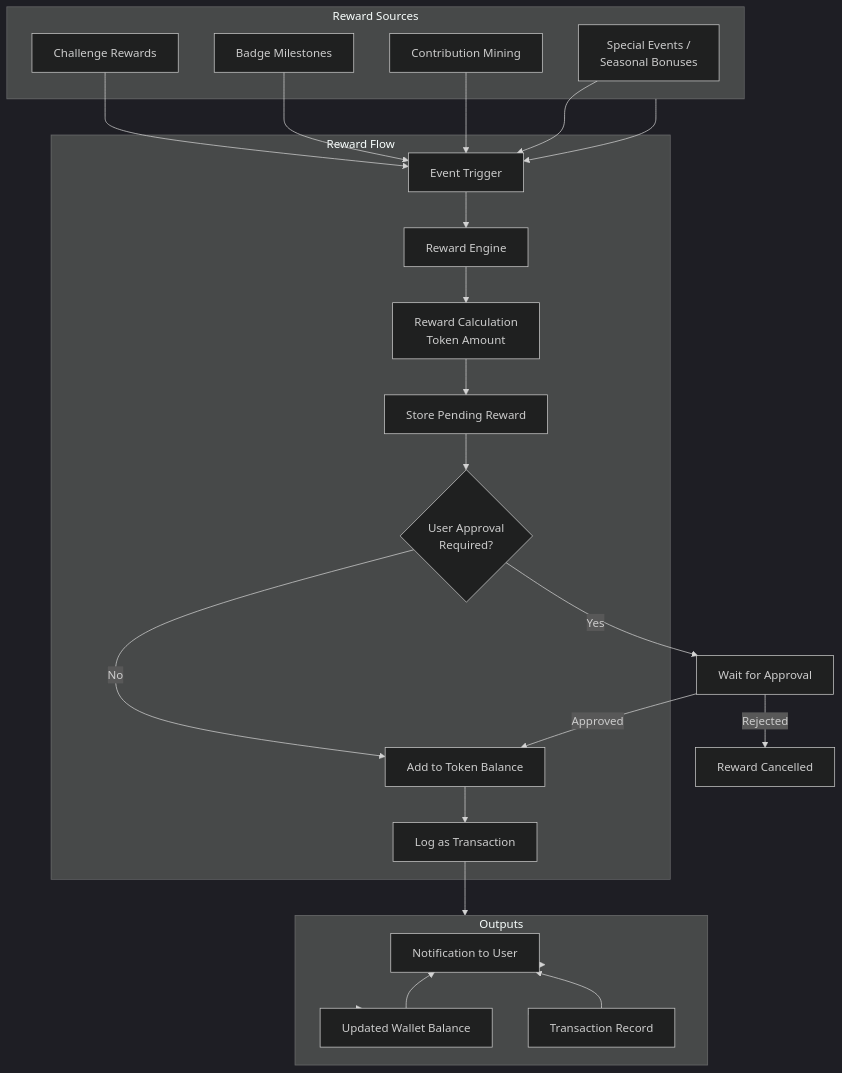
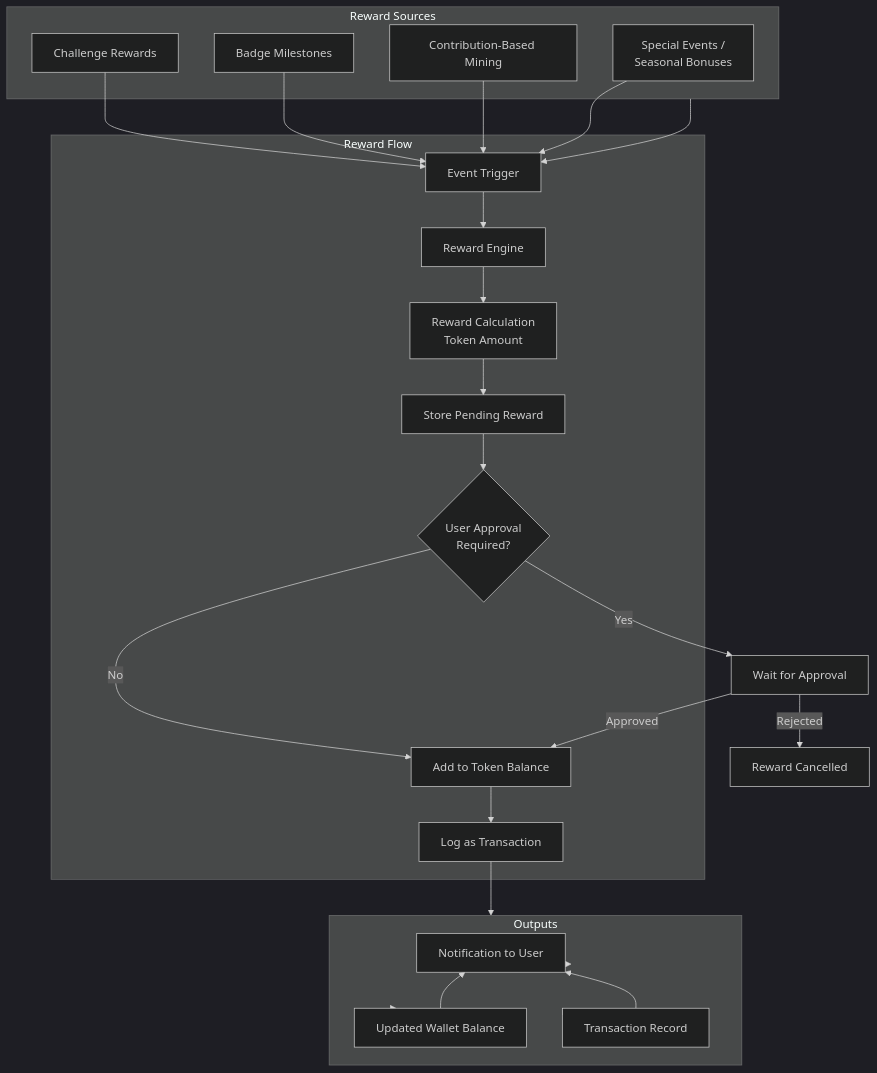
One commit to WaelOGC/OGC-NewFinity-Palstform changed the diagram in docs/mermaid/07-wallet-architecture/phase-7.7--wallet--rewards-flow.mmd. Above: the diagram before and after it, drawn with Mermaid (dark theme). The commit also changed 327 other files, not shown here.

```diff
--- a/docs/mermaid/07-wallet-architecture/phase-7.7--wallet--rewards-flow.mmd
+++ b/docs/mermaid/07-wallet-architecture/phase-7.7--wallet--rewards-flow.mmd
@@ -1,53 +1,53 @@
 flowchart TB
 
 %% Phase 7.7 - OGC Wallet Rewards Data Flow
 %% How rewards are generated, calculated, and delivered
 
 subgraph REWARD_SOURCES["Reward Sources"]
   CHALLENGE_REWARD[Challenge Rewards]
   BADGE_MILESTONE[Badge Milestones]
-  CONTRIBUTION_MINING[Contribution Mining]
+  CONTRIBUTION_MINING[Contribution-Based Mining]
   SPECIAL_EVENTS[Special Events /<br/>Seasonal Bonuses]
 end
 
 subgraph REWARD_FLOW["Reward Flow"]
   EVENT_TRIGGER[Event Trigger]
   REWARD_ENGINE[Reward Engine]
   REWARD_CALC[Reward Calculation<br/>Token Amount]
   STORE_PENDING[Store Pending Reward]
   USER_APPROVAL{User Approval<br/>Required?}
   ADD_BALANCE[Add to Token Balance]
   LOG_TX[Log as Transaction]
 end
 
 subgraph OUTPUTS["Outputs"]
   UPDATED_BALANCE[Updated Wallet Balance]
   TX_RECORD[Transaction Record]
   USER_NOTIFICATION[Notification to User]
 end
 
 REWARD_SOURCES --> EVENT_TRIGGER
 CHALLENGE_REWARD --> EVENT_TRIGGER
 BADGE_MILESTONE --> EVENT_TRIGGER
 CONTRIBUTION_MINING --> EVENT_TRIGGER
 SPECIAL_EVENTS --> EVENT_TRIGGER
 
 EVENT_TRIGGER --> REWARD_ENGINE
 REWARD_ENGINE --> REWARD_CALC
 REWARD_CALC --> STORE_PENDING
 STORE_PENDING --> USER_APPROVAL
 
 USER_APPROVAL -->|Yes| USER_APPROVAL_WAIT[Wait for Approval]
 USER_APPROVAL -->|No| ADD_BALANCE
 USER_APPROVAL_WAIT -->|Approved| ADD_BALANCE
 USER_APPROVAL_WAIT -->|Rejected| REWARD_CANCELLED[Reward Cancelled]
 
 ADD_BALANCE --> LOG_TX
 LOG_TX --> OUTPUTS
 
 OUTPUTS --> UPDATED_BALANCE
 OUTPUTS --> TX_RECORD
 OUTPUTS --> USER_NOTIFICATION
 
 UPDATED_BALANCE --> USER_NOTIFICATION
 TX_RECORD --> USER_NOTIFICATION
```
